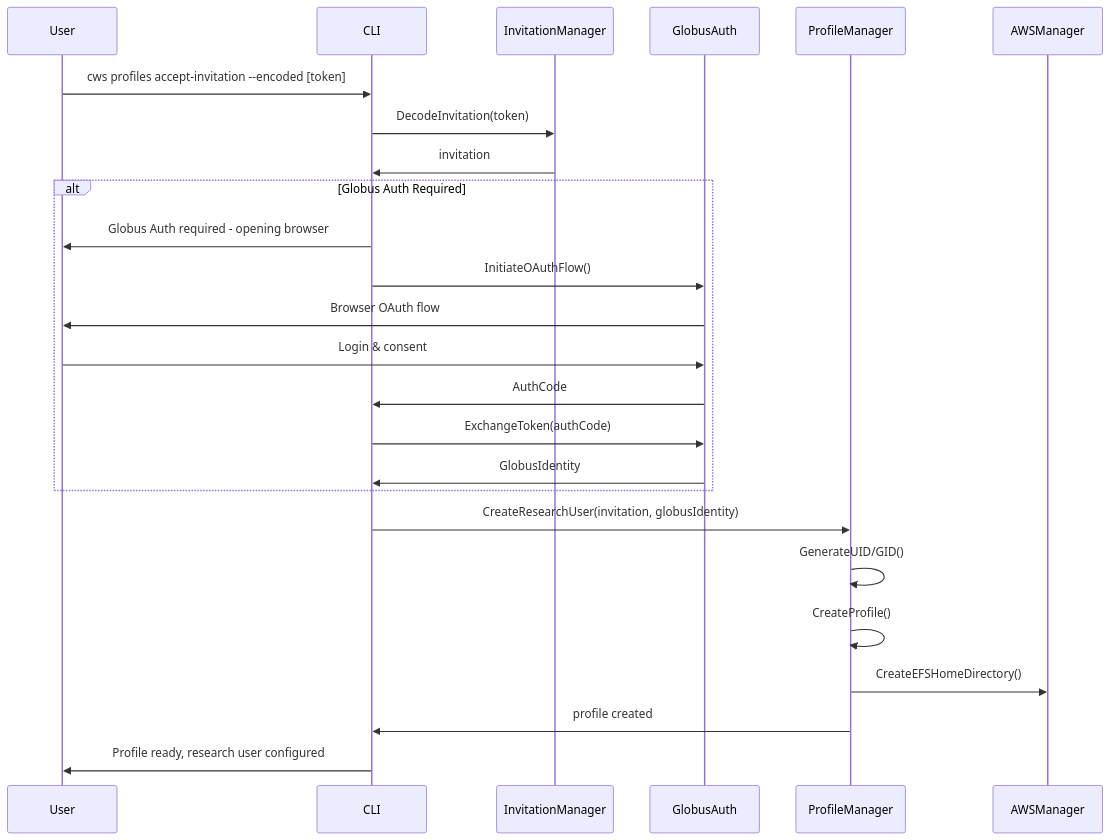
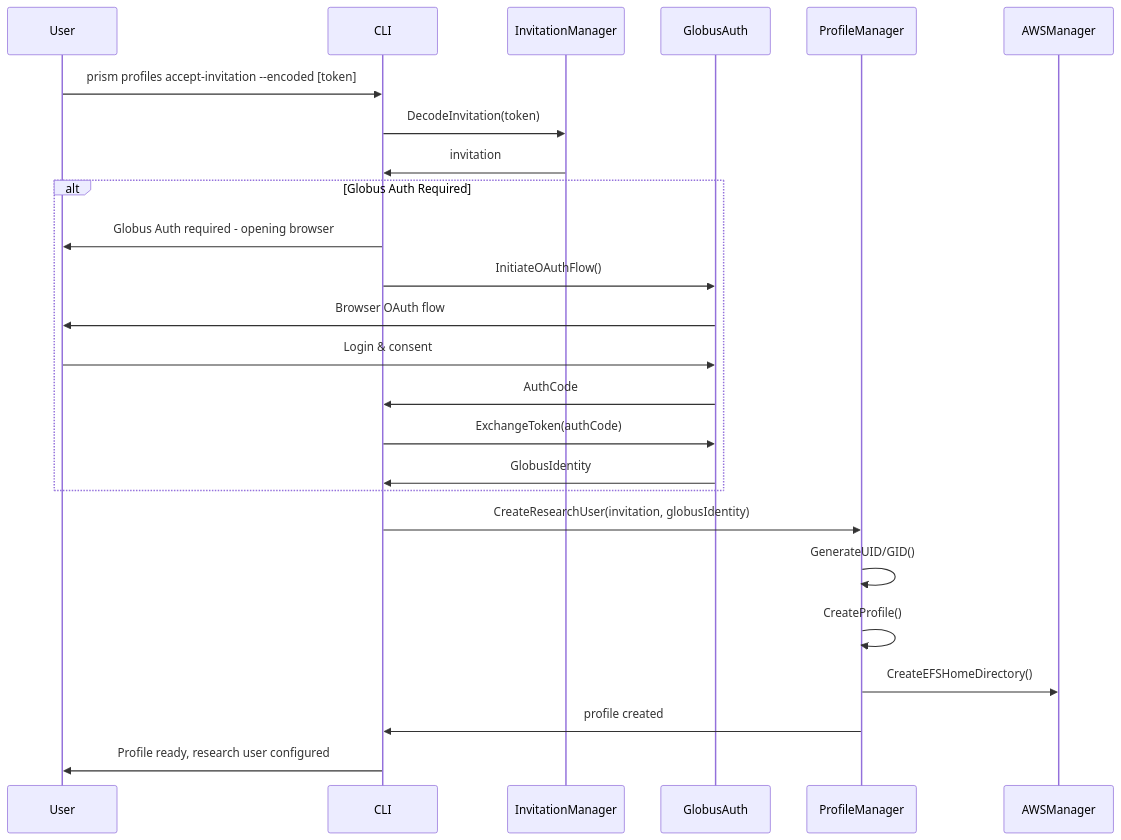
One commit to scttfrdmn/prism changed the first of 2 diagrams in docs/architecture/RESEARCH_USER_ARCHITECTURE.md. Above: the diagram before and after it, drawn with Mermaid. The commit also changed other lines of this file and 319 other files, not shown here.

````diff
--- a/docs/architecture/RESEARCH_USER_ARCHITECTURE.md
+++ b/docs/architecture/RESEARCH_USER_ARCHITECTURE.md
@@ -110,30 +110,30 @@
 ```mermaid
 sequenceDiagram
     participant User
     participant CLI
     participant InvitationManager
     participant GlobusAuth
     participant ProfileManager
     participant AWSManager
     
-    User->>CLI: cws profiles accept-invitation --encoded [token]
+    User->>CLI: prism profiles accept-invitation --encoded [token]
     CLI->>InvitationManager: DecodeInvitation(token)
     InvitationManager->>CLI: invitation
     
     alt Globus Auth Required
         CLI->>User: Globus Auth required - opening browser
         CLI->>GlobusAuth: InitiateOAuthFlow()
         GlobusAuth->>User: Browser OAuth flow
         User->>GlobusAuth: Login & consent
         GlobusAuth->>CLI: AuthCode
         CLI->>GlobusAuth: ExchangeToken(authCode)
         GlobusAuth->>CLI: GlobusIdentity
     end
     
     CLI->>ProfileManager: CreateResearchUser(invitation, globusIdentity)
     ProfileManager->>ProfileManager: GenerateUID/GID()
     ProfileManager->>ProfileManager: CreateProfile()
     ProfileManager->>AWSManager: CreateEFSHomeDirectory()
     ProfileManager->>CLI: profile created
     CLI->>User: Profile ready, research user configured
 ```
````
